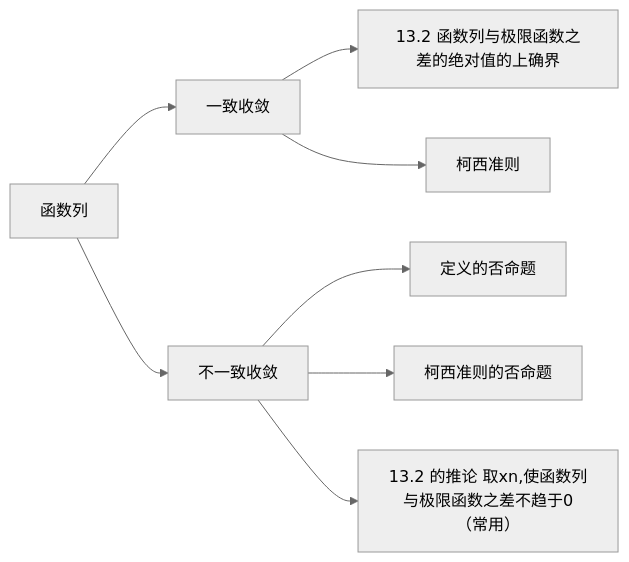
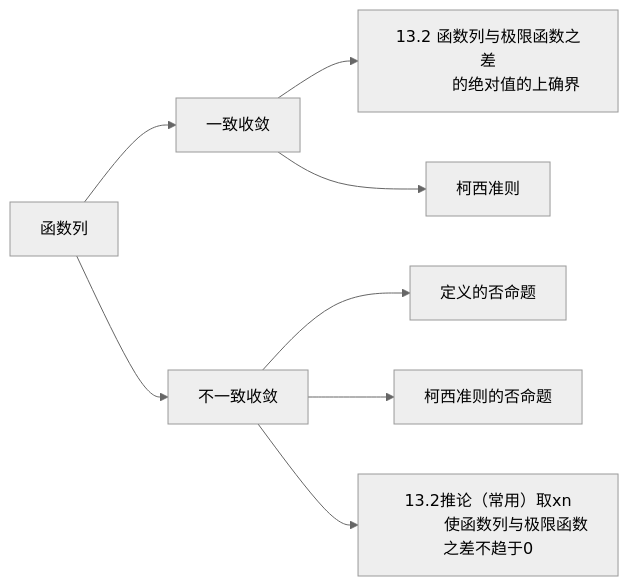
The first of 2 diagrams in docs/Math/Analysis/Analysis.md (Nano-ELC/myweb), drawn with Mermaid (neutral theme) before and after one commit. The commit also changed other lines of this file and 19 other files, not shown here.

Commit message:
admonition and mermaid support 25.2.11

````diff
--- a/docs/Math/Analysis/Analysis.md
+++ b/docs/Math/Analysis/Analysis.md
@@ -386,10 +390,12 @@
 ```mermaid
 graph LR
     A[函数列] --> B[一致收敛]
     A --> C[不一致收敛]
-    B --> D[13.2 函数列与极限函数之差的绝对值的上确界]
+    B --> D[13.2 函数列与极限函数之差
+           的绝对值的上确界]
     B --> E[柯西准则]
     C --> F[定义的否命题]
     C --> G[柯西准则的否命题]
-    C --> H[13.2 的推论 取xn,使函数列与极限函数之差不趋于0（常用）]
+    C --> H[13.2推论（常用）取xn
+           使函数列与极限函数之差不趋于0]
 ```
````
